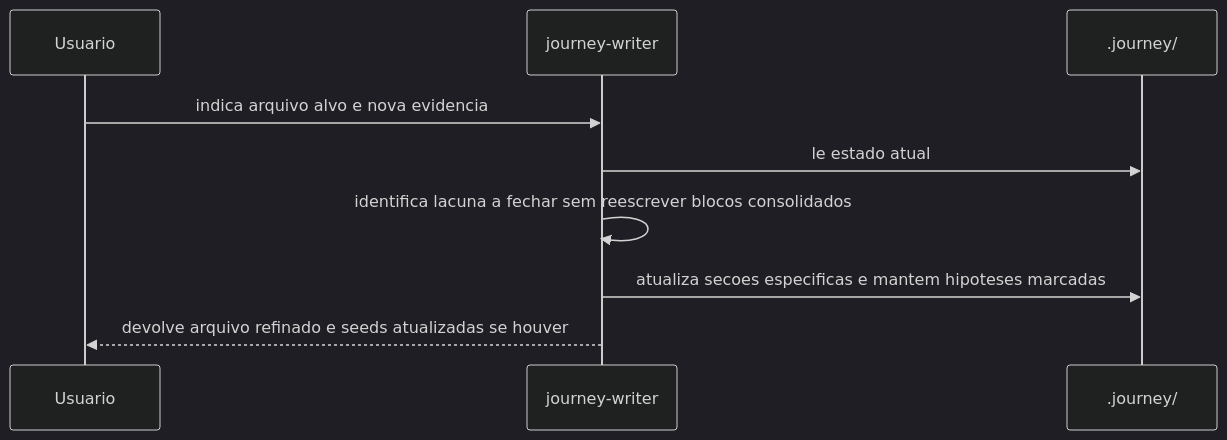
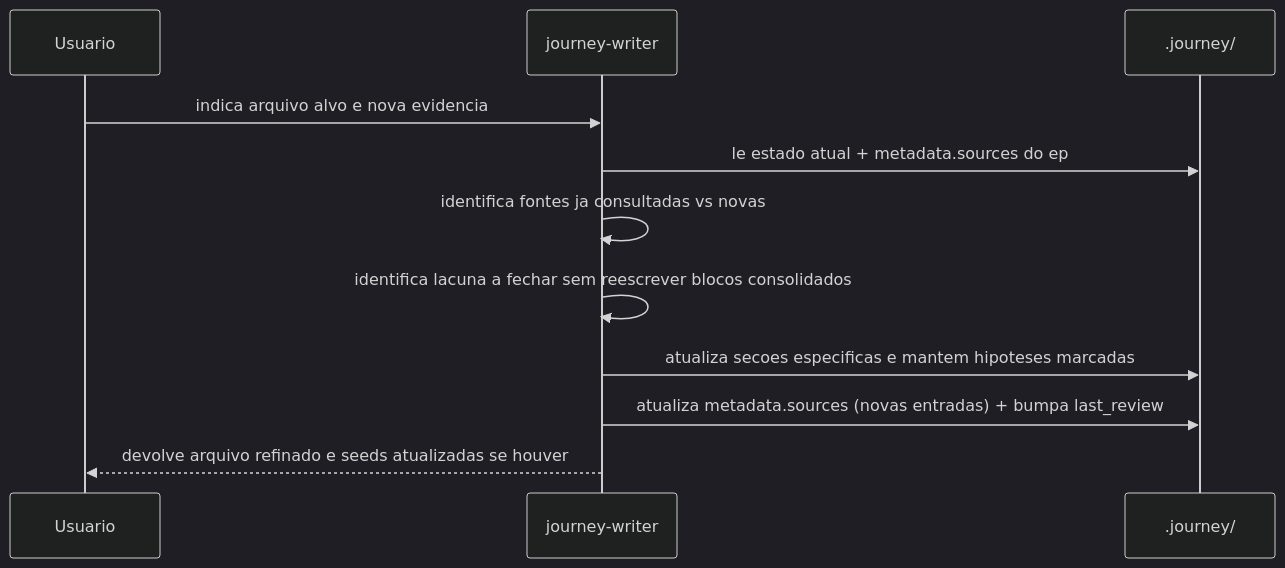
One commit to vitordevsp/vitordevsp.com.br changed the fourth of 10 diagrams in .claude/skills/journey-writer/references/sequence-workflows.md. Above: the diagram before and after it, drawn with Mermaid (dark theme). The commit also changed other lines of this file and 17 other files, not shown here.

````diff
--- a/.claude/skills/journey-writer/references/sequence-workflows.md
+++ b/.claude/skills/journey-writer/references/sequence-workflows.md
@@ -70,11 +86,13 @@
 ```mermaid
 sequenceDiagram
     participant U as Usuario
     participant S as journey-writer
     participant J as .journey/
     U->>S: indica arquivo alvo e nova evidencia
-    S->>J: le estado atual
+    S->>J: le estado atual + metadata.sources do ep
+    S->>S: identifica fontes ja consultadas vs novas
     S->>S: identifica lacuna a fechar sem reescrever blocos consolidados
     S->>J: atualiza secoes especificas e mantem hipoteses marcadas
+    S->>J: atualiza metadata.sources (novas entradas) + bumpa last_review
     S-->>U: devolve arquivo refinado e seeds atualizadas se houver
 ```
````
